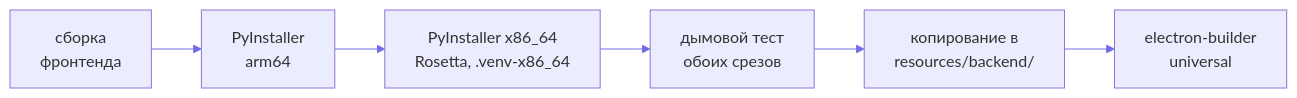
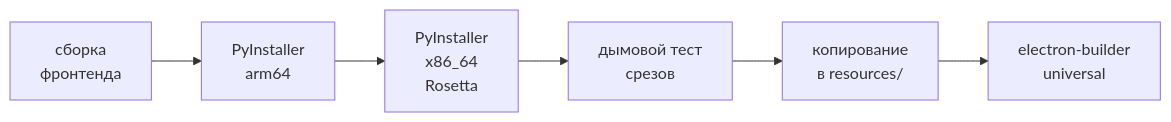
The diagram in desktop/README.md (SlavaKlkv/photo_metadata_ai), drawn with Mermaid before and after one commit. The commit also changed other lines of this file and 1 other file, not shown here.

Commit message:
docs: clarify README mermaid diagrams
Переносы в узлах flowchart и короткая подпись про x86_64 срез и
раскладку backend-бинарников, чтобы схемы лучше читались в рендере.

````diff
--- a/desktop/README.md
+++ b/desktop/README.md
@@ -61,9 +61,8 @@
 ```mermaid
-%%{init: {"themeVariables": {"lineColor": "#6f6ce4"}}}%%
 flowchart LR
   F["сборка<br/>фронтенда"] --> A["PyInstaller<br/>arm64"]
-  A --> X["PyInstaller x86_64<br/>Rosetta, .venv-x86_64"]
-  X --> S["дымовой тест<br/>обоих срезов"]
-  S --> C["копирование в<br/>resources/backend/"]
+  A --> X["PyInstaller<br/>x86_64<br/>Rosetta"]
+  X --> S["дымовой тест<br/>срезов"]
+  S --> C["копирование<br/>в resources/"]
   C --> B["electron-builder<br/>universal"]
 ```
````
